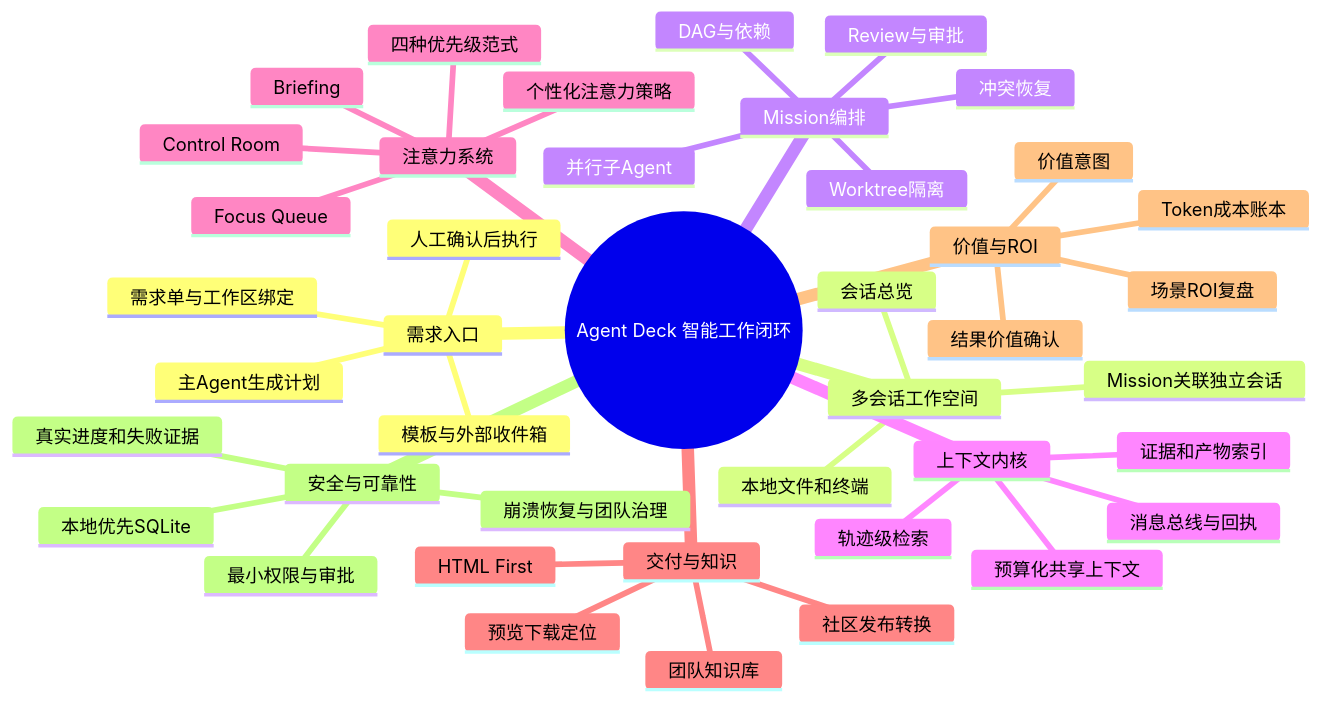
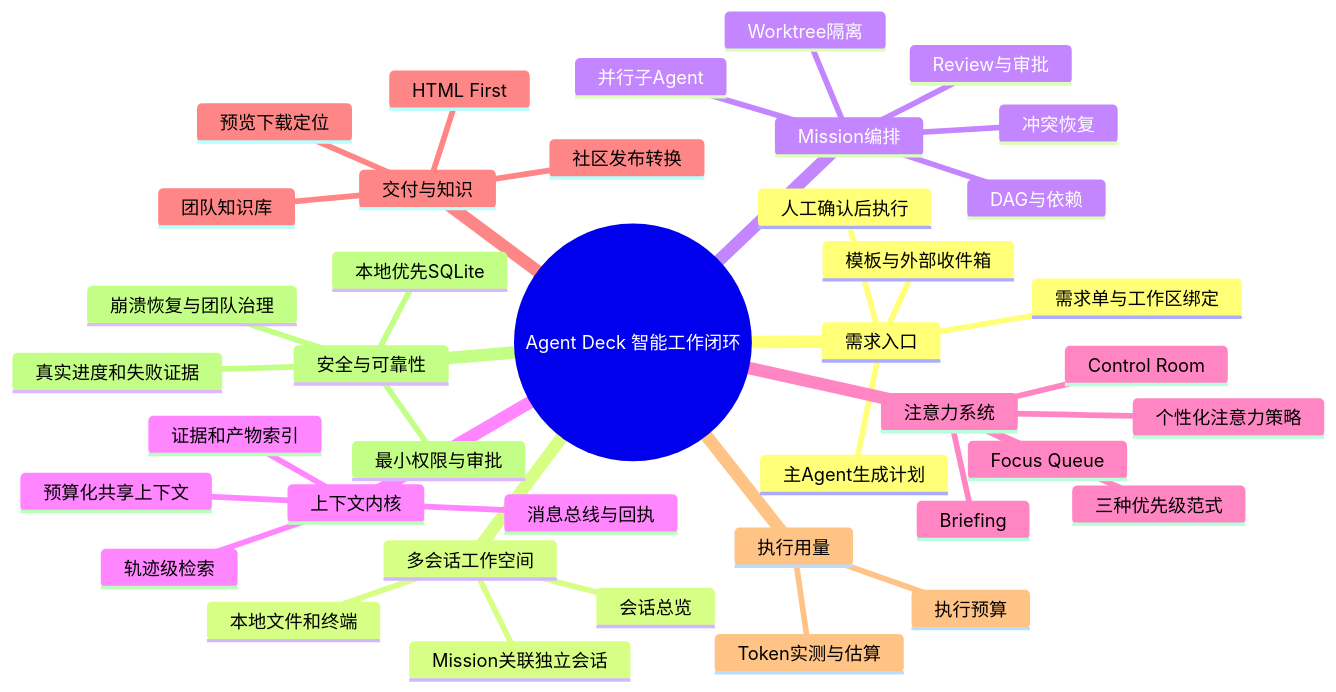
The first of 2 diagrams in docs/product-capability-map.md (Placidoe/agent-deck), drawn with Mermaid before and after one commit. The commit also changed other lines of this file and 29 other files, not shown here.

````diff
--- a/docs/product-capability-map.md
+++ b/docs/product-capability-map.md
@@ -13,45 +13,43 @@
 ```mermaid
 mindmap
   root((Agent Deck 智能工作闭环))
     需求入口
       需求单与工作区绑定
       主Agent生成计划
       人工确认后执行
       模板与外部收件箱
     多会话工作空间
       会话总览
       本地文件和终端
       Mission关联独立会话
     Mission编排
       DAG与依赖
       并行子Agent
       Worktree隔离
       Review与审批
       冲突恢复
     上下文内核
       预算化共享上下文
       证据和产物索引
       消息总线与回执
       轨迹级检索
     注意力系统
       Focus Queue
       Control Room
       Briefing
-      四种优先级范式
+      三种优先级范式
       个性化注意力策略
     交付与知识
       HTML First
       预览下载定位
       社区发布转换
       团队知识库
-    价值与ROI
-      价值意图
-      Token成本账本
-      结果价值确认
-      场景ROI复盘
+    执行用量
+      Token实测与估算
+      执行预算
     安全与可靠性
       本地优先SQLite
       最小权限与审批
       真实进度和失败证据
       崩溃恢复与团队治理
 ```
````
